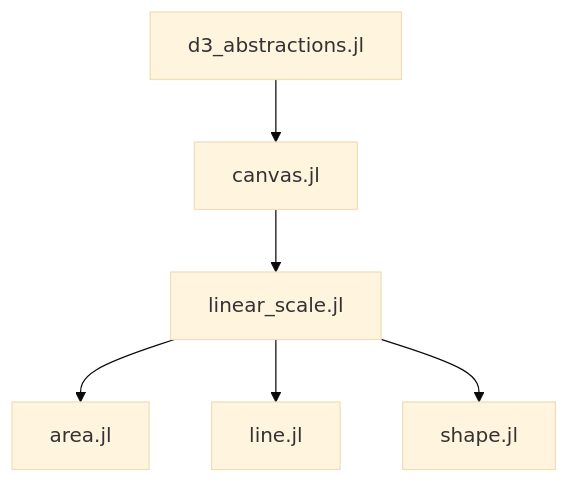
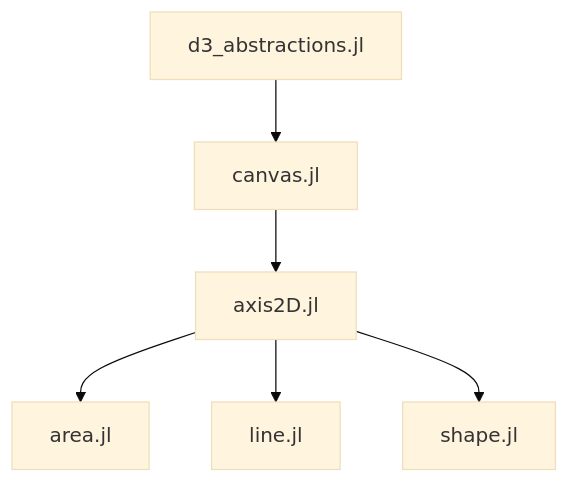
The diagram in README.md (ghaetinger/Portinari.jl), drawn with Mermaid (base theme) before and after one commit. The commit also changed 10 other files, not shown here.

````diff
--- a/README.md
+++ b/README.md
@@ -18,8 +18,8 @@
 ```mermaid
 graph TD;
     d3_abstractions.jl-->canvas.jl;
-    canvas.jl-->linear_scale.jl;
-    linear_scale.jl-->area.jl;
-    linear_scale.jl-->line.jl;
-    linear_scale.jl-->shape.jl;
+    canvas.jl-->axis2D.jl;
+    axis2D.jl-->area.jl;
+    axis2D.jl-->line.jl;
+    axis2D.jl-->shape.jl;
 ```
````
